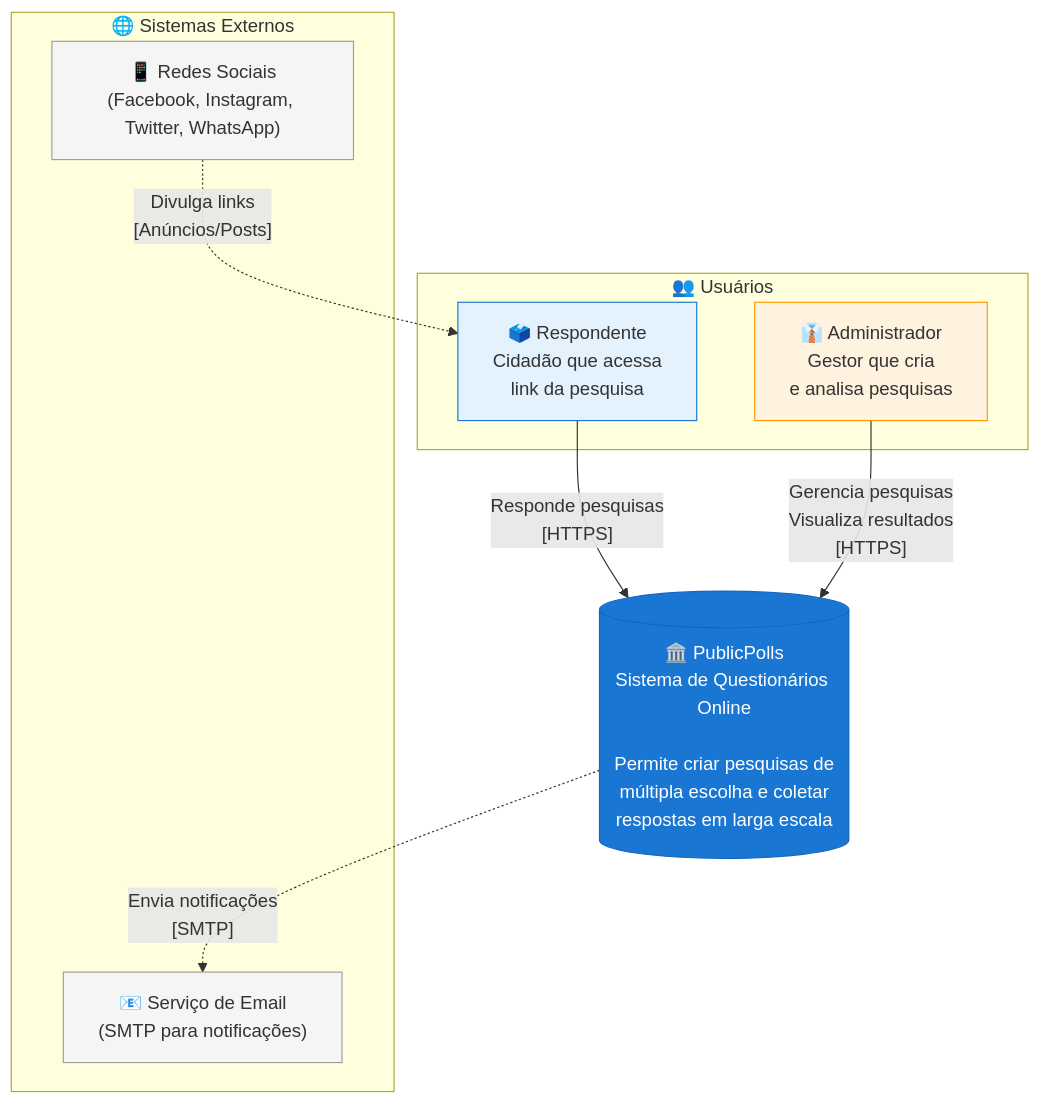
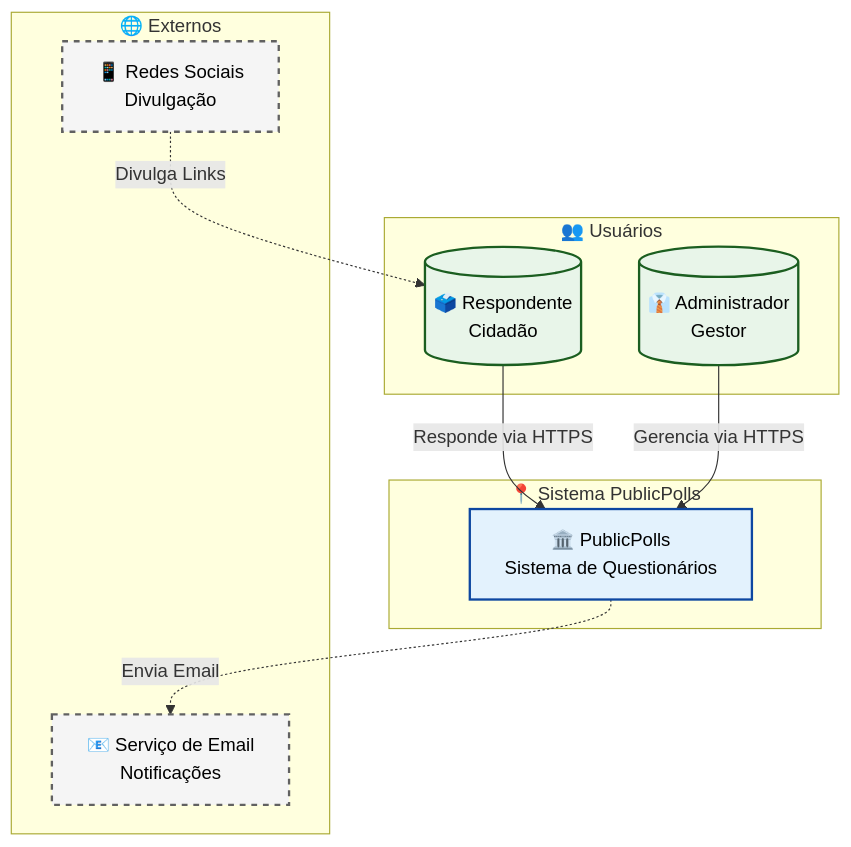
One commit to gabrigabs/public-polls-app changed the second of 7 diagrams in docs/02-arquitetura-c4.md. Above: the diagram before and after it, drawn with Mermaid. The commit also changed other lines of this file and 6 other files, not shown here.

Commit message:
docs: standardize and improve mermaid diagrams readability

````diff
--- a/docs/02-arquitetura-c4.md
+++ b/docs/02-arquitetura-c4.md
@@ -28,25 +28,30 @@
 ```mermaid
 graph TB
-    subgraph ext["🌐 Sistemas Externos"]
-        SM["📱 Redes Sociais<br/>(Facebook, Instagram, Twitter, WhatsApp)"]
-        EM["📧 Serviço de Email<br/>(SMTP para notificações)"]
+    subgraph "👥 Usuários"
+        R[("🗳️ Respondente<br/>Cidadão")]
+        A[("👔 Administrador<br/>Gestor")]
     end
 
-    subgraph users["👥 Usuários"]
-        R["🗳️ Respondente<br/>Cidadão que acessa<br/>link da pesquisa"]
-        A["👔 Administrador<br/>Gestor que cria<br/>e analisa pesquisas"]
+    subgraph "📍 Sistema PublicPolls"
+        PP["🏛️ PublicPolls<br/>Sistema de Questionários"]
     end
 
-    PP[("🏛️ PublicPolls<br/>Sistema de Questionários Online<br/><br/>Permite criar pesquisas de<br/>múltipla escolha e coletar<br/>respostas em larga escala")]
+    subgraph "🌐 Externos"
+        SM["📱 Redes Sociais<br/>Divulgação"]
+        EM["📧 Serviço de Email<br/>Notificações"]
+    end
 
-    R -->|"Responde pesquisas<br/>[HTTPS]"| PP
-    A -->|"Gerencia pesquisas<br/>Visualiza resultados<br/>[HTTPS]"| PP
-    SM -.->|"Divulga links<br/>[Anúncios/Posts]"| R
-    PP -.->|"Envia notificações<br/>[SMTP]"| EM
+    R -->|Responde via HTTPS| PP
+    A -->|Gerencia via HTTPS| PP
+    SM -.->|Divulga Links| R
+    PP -.->|Envia Email| EM
 
-    style PP fill:#1976d2,color:#fff,stroke:#1565c0
-    style R fill:#e3f2fd,stroke:#1976d2
-    style A fill:#fff3e0,stroke:#ff9800
-    style SM fill:#f5f5f5,stroke:#9e9e9e
-    style EM fill:#f5f5f5,stroke:#9e9e9e
+    %% Styling
+    classDef users fill:#e8f5e9,stroke:#1b5e20,color:#000,stroke-width:2px;
+    classDef system fill:#e3f2fd,stroke:#0d47a1,color:#000,stroke-width:2px;
+    classDef ext fill:#f5f5f5,stroke:#616161,color:#000,stroke-width:2px,stroke-dasharray: 5 5;
+
+    class R,A users;
+    class PP system;
+    class SM,EM ext;
 ```
````
